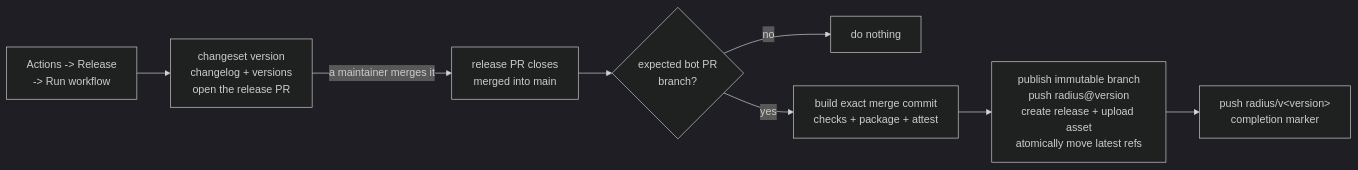
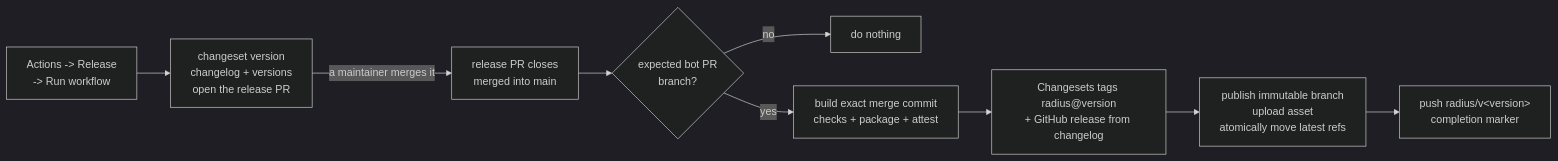
Before and after one commit to radius-project/ai-extensions: the diagram in docs/eng/RELEASING.md, drawn with Mermaid (dark theme). The commit also changed other lines of this file and 2 other files, not shown here.

Commit message:
docs: update release and releasing documentation to clarify Changesets actions and workflow processes

````diff
--- a/docs/eng/RELEASING.md
+++ b/docs/eng/RELEASING.md
@@ -68,10 +68,11 @@
 ```mermaid
 graph LR
     Dispatch["Actions -> Release<br/>-> Run workflow"] --> Prep["changeset version<br/>changelog + versions<br/>open the release PR"]
     Prep -->|a maintainer merges it| Merge["release PR closes<br/>merged into main"]
   Merge --> Q{"expected bot PR<br/>branch?"}
   Q -->|no| Skip["do nothing"]
   Q -->|yes| Build["build exact merge commit<br/>checks + package + attest"]
-  Build --> Art["publish immutable branch<br/>push radius@version<br/>create release + upload asset<br/>atomically move latest refs"]
+  Build --> Tag["Changesets tags radius@version<br/>+ GitHub release from changelog"]
+  Tag --> Art["publish immutable branch<br/>upload asset<br/>atomically move latest refs"]
   Art --> Done["push radius/v&lt;version&gt;<br/>completion marker"]
 ```
````
